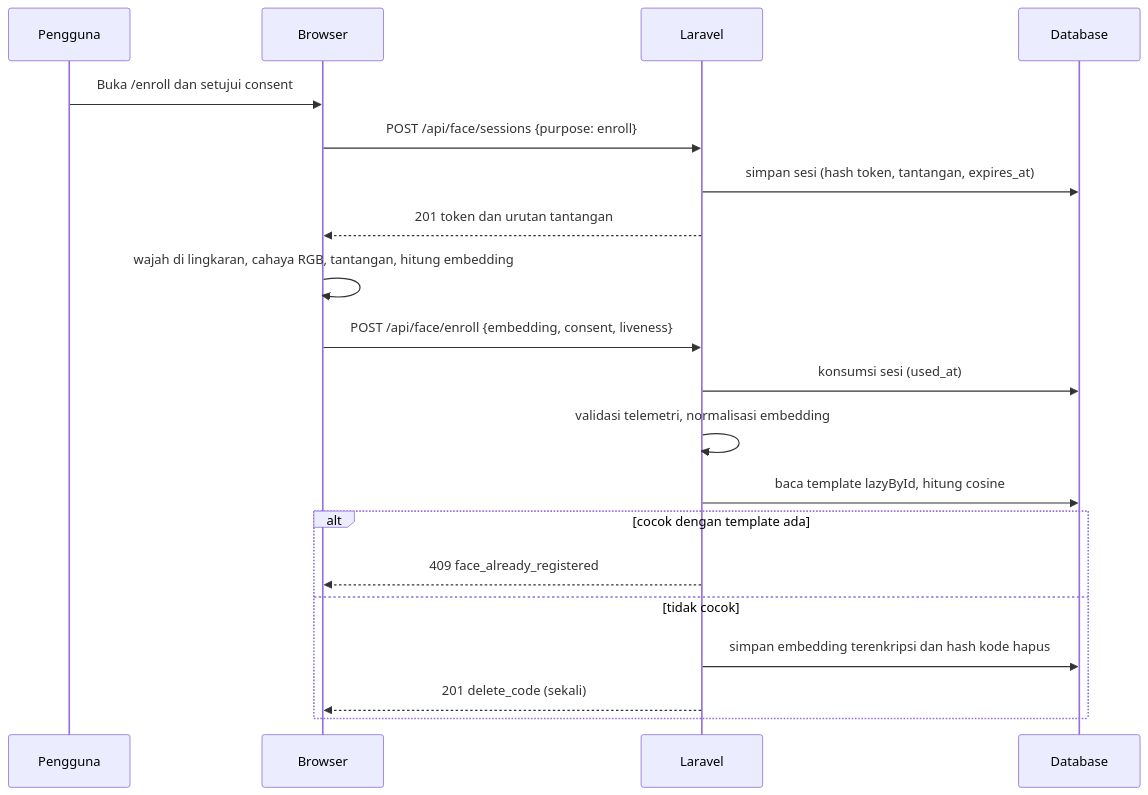
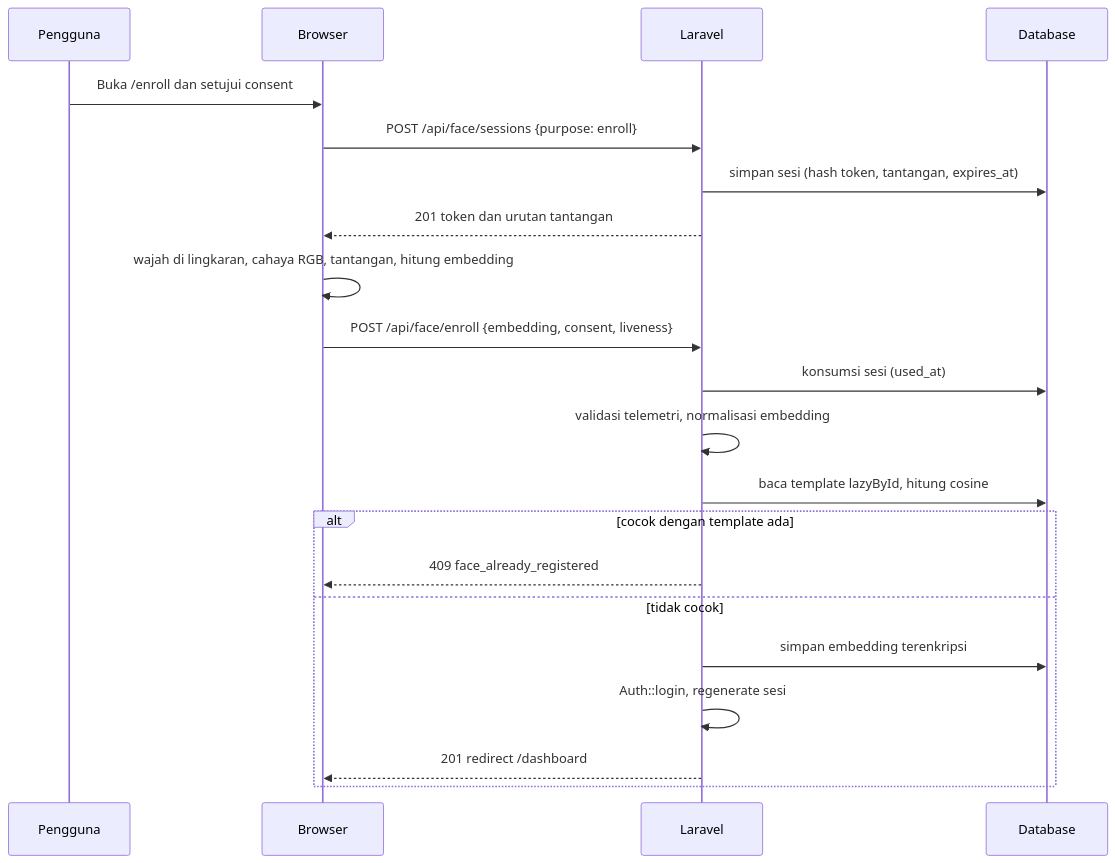
Before and after one commit to DitaPutraPratama/laravel_pengenalan_wajah: the second of 3 diagrams in docs/ARCHITECTURE.md, drawn with Mermaid. The commit also changed other lines of this file and 55 other files, not shown here.

````diff
--- a/docs/ARCHITECTURE.md
+++ b/docs/ARCHITECTURE.md
@@ -99,22 +99,23 @@
 ```mermaid
 sequenceDiagram
     participant U as Pengguna
     participant B as Browser
     participant S as Laravel
     participant D as Database
     U->>B: Buka /enroll dan setujui consent
     B->>S: POST /api/face/sessions {purpose: enroll}
     S->>D: simpan sesi (hash token, tantangan, expires_at)
     S-->>B: 201 token dan urutan tantangan
     B->>B: wajah di lingkaran, cahaya RGB, tantangan, hitung embedding
     B->>S: POST /api/face/enroll {embedding, consent, liveness}
     S->>D: konsumsi sesi (used_at)
     S->>S: validasi telemetri, normalisasi embedding
     S->>D: baca template lazyById, hitung cosine
     alt cocok dengan template ada
         S-->>B: 409 face_already_registered
     else tidak cocok
-        S->>D: simpan embedding terenkripsi dan hash kode hapus
-        S-->>B: 201 delete_code (sekali)
+        S->>D: simpan embedding terenkripsi
+        S->>S: Auth::login, regenerate sesi
+        S-->>B: 201 redirect /dashboard
     end
 ```
````
